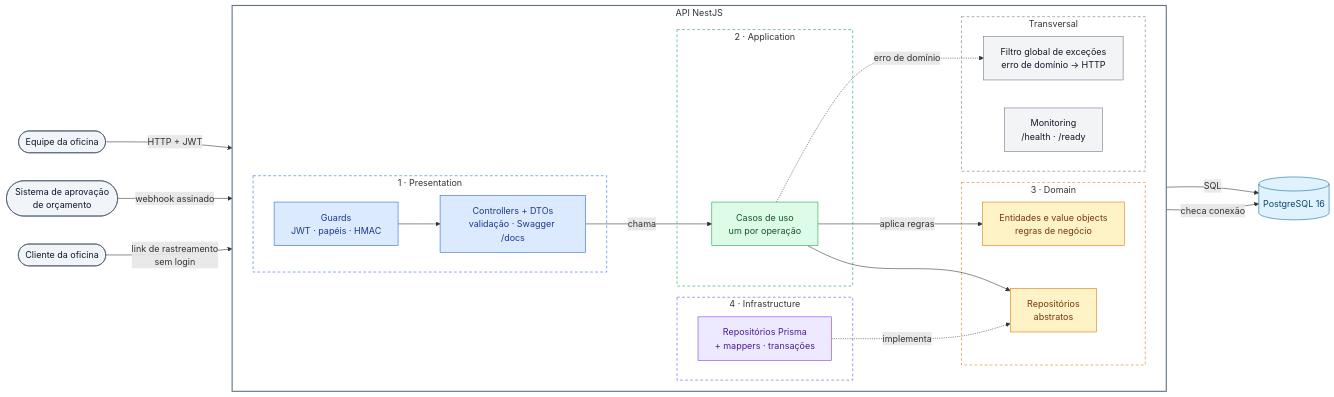
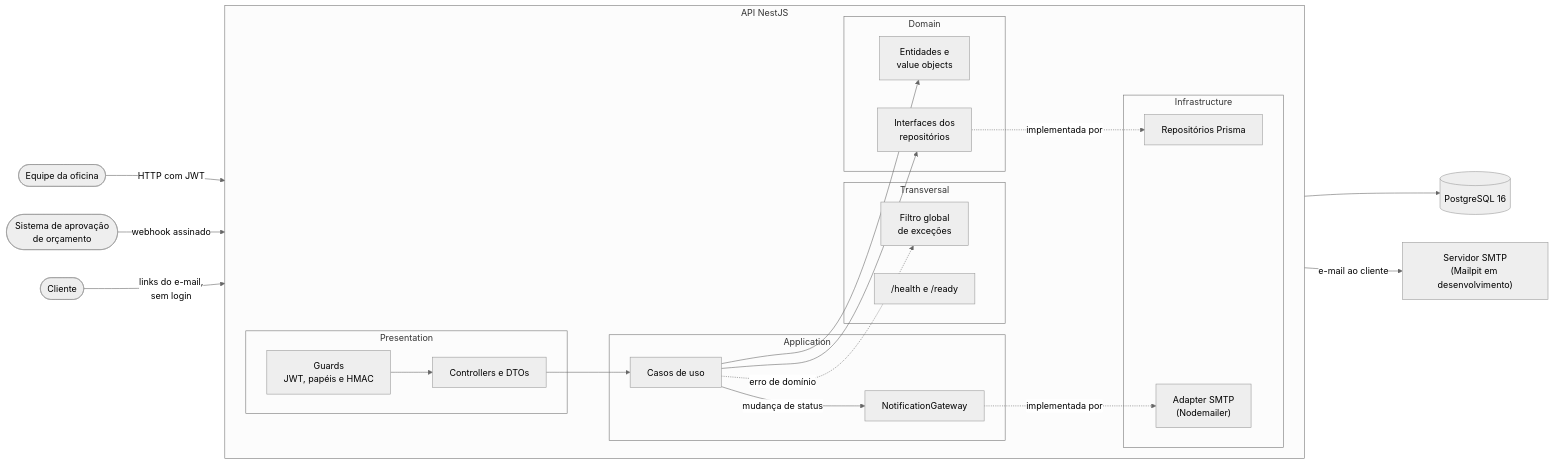
Before and after one commit to garage-flow-api/garage-flow-api: the first of 3 diagrams in README.md, drawn with Mermaid. The commit also changed other lines of this file, not shown here.

Commit message:
desenho da arquitetura com notificação por e-mail e diagramas simplificados

````diff
--- a/README.md
+++ b/README.md
@@ -65,65 +67,48 @@
 ```mermaid
+%%{init: {'theme': 'neutral'}}%%
 flowchart LR
     staff(["Equipe da oficina"])
-    customer(["Cliente da oficina"])
+    customer(["Cliente"])
     external(["Sistema de aprovação<br/>de orçamento"])
 
     subgraph api["API NestJS"]
         direction LR
-        subgraph presentation["1 · Presentation"]
-            guards["Guards<br/>JWT · papéis · HMAC"]
-            ctrl["Controllers + DTOs<br/>validação · Swagger /docs"]
+        subgraph common["Transversal"]
+            filter["Filtro global<br/>de exceções"]
+            monitoring["/health e /ready"]
         end
-        subgraph application["2 · Application"]
-            uc["Casos de uso<br/>um por operação"]
+        subgraph presentation["Presentation"]
+            guards["Guards<br/>JWT, papéis e HMAC"]
+            ctrl["Controllers e DTOs"]
         end
-        subgraph domain["3 · Domain"]
-            model["Entidades e value objects<br/>regras de negócio"]
-            ports["Repositórios<br/>abstratos"]
+        subgraph application["Application"]
+            uc["Casos de uso"]
+            gateway["NotificationGateway"]
         end
-        subgraph infrastructure["4 · Infrastructure"]
-            repos["Repositórios Prisma<br/>+ mappers · transações"]
+        subgraph domain["Domain"]
+            model["Entidades e<br/>value objects"]
+            ports["Interfaces dos<br/>repositórios"]
         end
-        subgraph crosscutting["Transversal"]
-            filter["Filtro global de exceções<br/>erro de domínio → HTTP"]
-            monitoring["Monitoring<br/>/health · /ready"]
+        subgraph infrastructure["Infrastructure"]
+            repos["Repositórios Prisma"]
+            smtp["Adapter SMTP<br/>(Nodemailer)"]
         end
     end
 
     db[("PostgreSQL 16")]
+    mail["Servidor SMTP<br/>(Mailpit em desenvolvimento)"]
 
-    staff -- "HTTP + JWT" --> guards
+    staff -- "HTTP com JWT" --> guards
     external -- "webhook assinado" --> guards
-    customer -- "link de rastreamento<br/>sem login" --> ctrl
+    customer -- "links do e-mail,<br/>sem login" --> ctrl
     guards --> ctrl
-    ctrl -- "chama" --> uc
-    uc -- "aplica regras" --> model
+    ctrl --> uc
+    uc --> model
     uc --> ports
-    repos -. "implementa" .-> ports
-    repos -- "SQL" --> db
-    monitoring -- "checa conexão" --> db
+    uc -- "mudança de status" --> gateway
+    ports -. "implementada por" .-> repos
+    gateway -. "implementada por" .-> smtp
+    repos --> db
+    smtp -- "e-mail ao cliente" --> mail
     uc -. "erro de domínio" .-> filter
-
-    classDef actor fill:#f1f5f9,stroke:#475569,color:#0f172a
-    classDef pres fill:#dbeafe,stroke:#2563eb,color:#1e3a8a
-    classDef app fill:#dcfce7,stroke:#16a34a,color:#14532d
-    classDef dom fill:#fef3c7,stroke:#d97706,color:#78350f
-    classDef infra fill:#ede9fe,stroke:#7c3aed,color:#4c1d95
-    classDef cross fill:#f3f4f6,stroke:#6b7280,color:#111827
-    classDef data fill:#e0f2fe,stroke:#0369a1,color:#0c4a6e
-
-    class staff,customer,external actor
-    class guards,ctrl pres
-    class uc app
-    class model,ports dom
-    class repos infra
-    class filter,monitoring cross
-    class db data
-
-    style api fill:none,stroke:#64748b,stroke-width:2px
-    style presentation fill:none,stroke:#2563eb,stroke-dasharray:5 4
-    style application fill:none,stroke:#16a34a,stroke-dasharray:5 4
-    style domain fill:none,stroke:#d97706,stroke-dasharray:5 4
-    style infrastructure fill:none,stroke:#7c3aed,stroke-dasharray:5 4
-    style crosscutting fill:none,stroke:#6b7280,stroke-dasharray:5 4
 ```
````
